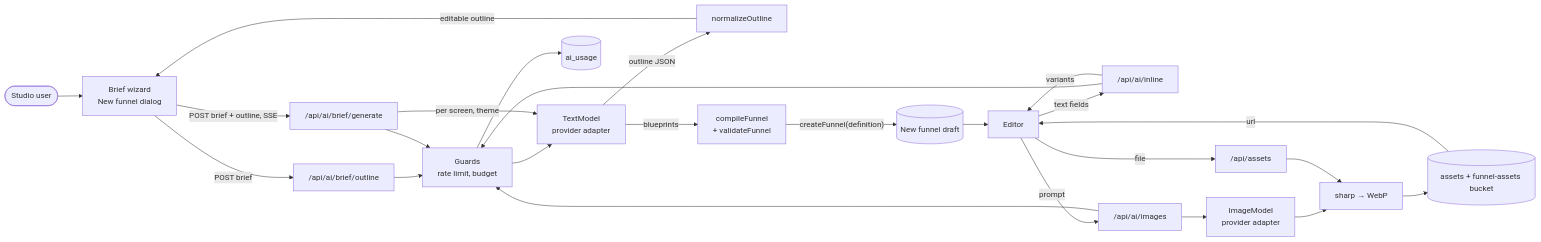
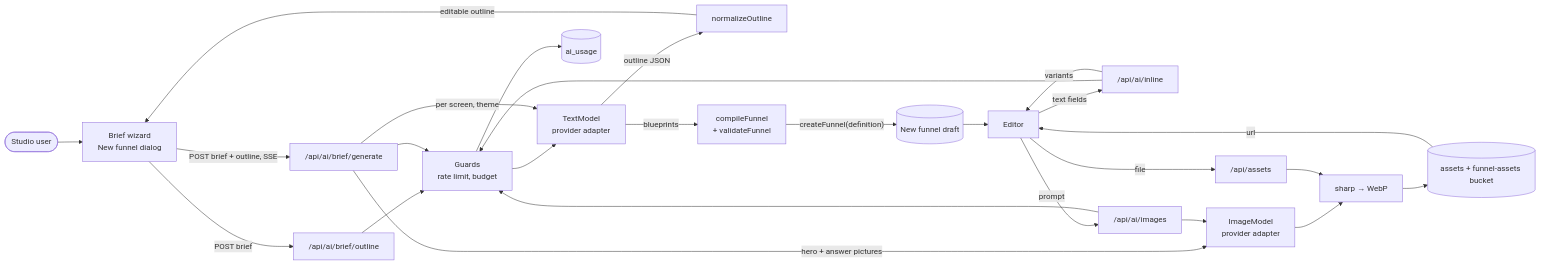
Before and after one commit to arturklimovich-eng/vibefunel: the diagram in docs/features/81-ai-generation.md, drawn with Mermaid. The commit also changed other lines of this file and 17 other files, not shown here.

````diff
--- a/docs/features/81-ai-generation.md
+++ b/docs/features/81-ai-generation.md
@@ -15,44 +15,45 @@
 ```mermaid
 flowchart LR
   W(["Studio user"]) --> BW["Brief wizard<br/>New funnel dialog"]
   BW -->|"POST brief"| OUT["/api/ai/brief/outline"]
   OUT --> G["Guards<br/>rate limit, budget"]
   G --> TM["TextModel<br/>provider adapter"]
   TM -->|"outline JSON"| NO["normalizeOutline"]
   NO -->|"editable outline"| BW
   BW -->|"POST brief + outline, SSE"| GEN["/api/ai/brief/generate"]
   GEN --> G
   GEN -->|"per screen, theme"| TM
   TM -->|"blueprints"| CF["compileFunnel<br/>+ validateFunnel"]
+  GEN -->|"hero + answer pictures"| IM
   CF -->|"createFunnel(definition)"| DR[("New funnel draft")]
   G --> US[("ai_usage")]
   DR --> ED["Editor"]
   ED -->|"text fields"| IN["/api/ai/inline"]
   IN --> G
   IN -->|"variants"| ED
   ED -->|"prompt"| IMG["/api/ai/images"]
   ED -->|"file"| UP["/api/assets"]
   IMG --> G
   IMG --> IM["ImageModel<br/>provider adapter"]
   IM --> WP["sharp → WebP"]
   UP --> WP
   WP --> AS[("assets + funnel-assets bucket")]
   AS -->|"url"| ED
 
   click BW "#step-brief-wizard"
   click OUT "#step-outline"
   click G "#step-guards-and-budget"
   click TM "#step-providers"
   click NO "#step-outline"
   click GEN "#step-generation"
   click CF "#step-compile"
   click US "#step-guards-and-budget"
   click DR "./10-authoring.md"
   click ED "./10-authoring.md"
   click IN "#step-inline-copy"
   click IMG "#step-images-and-assets"
   click UP "#step-images-and-assets"
   click IM "#step-images-and-assets"
   click WP "#step-images-and-assets"
   click AS "#step-images-and-assets"
 ```
````
